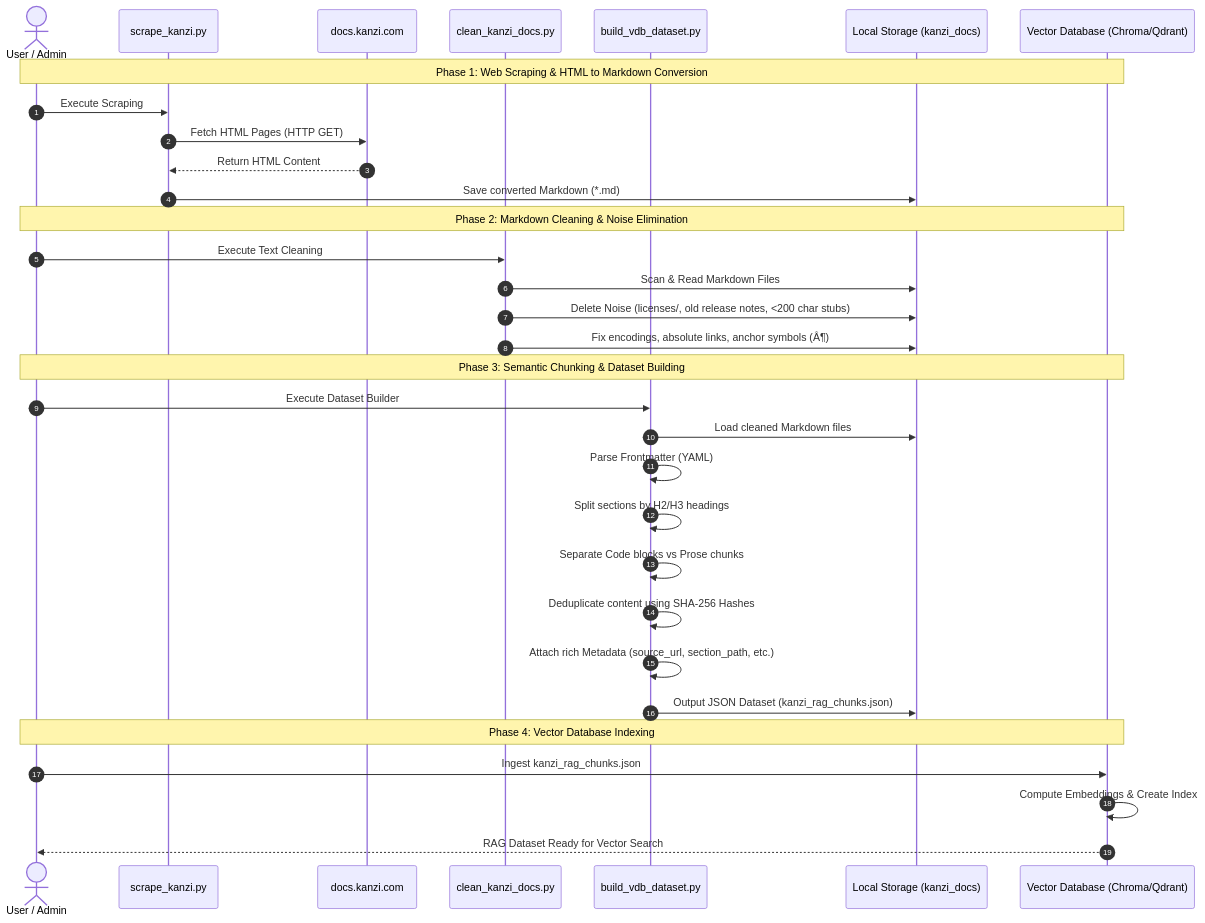
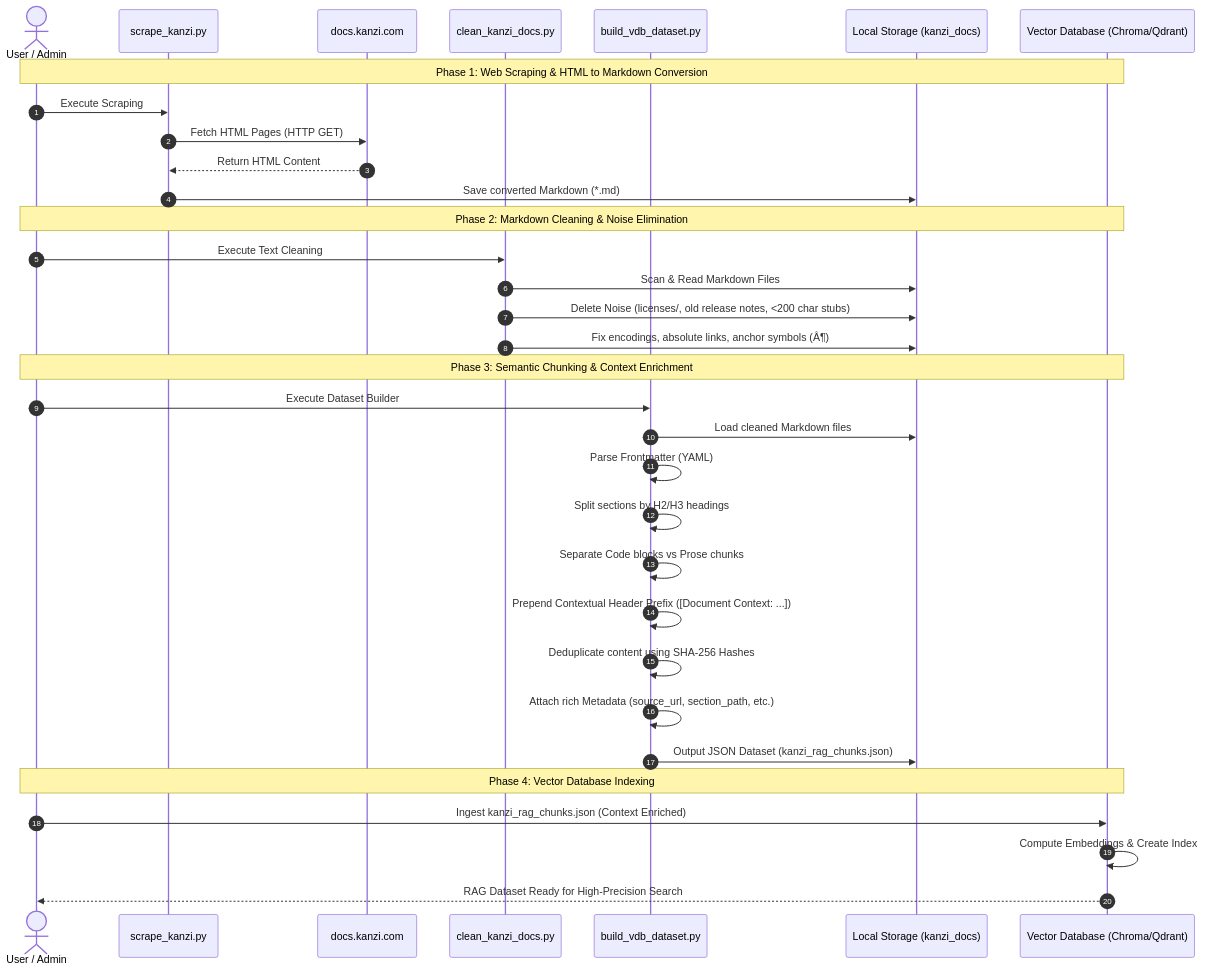
The diagram in knowledge_base/RAG_OPTIMIZATION_PROCESS.md (boycececil666gmailcom/Enterprise-RAG-Engine), drawn with Mermaid before and after one commit. The commit also changed other lines of this file and 3 other files, not shown here.

Commit message:
feat: implement RAG pipeline for Kanzi documentation with automated cleaning, semantic chunking, and metadata-rich indexing scripts

````diff
--- a/knowledge_base/RAG_OPTIMIZATION_PROCESS.md
+++ b/knowledge_base/RAG_OPTIMIZATION_PROCESS.md
@@ -43,38 +44,39 @@
 ```mermaid
 sequenceDiagram
     autonumber
     actor User as User / Admin
     participant Scraper as scrape_kanzi.py
     participant Web as docs.kanzi.com
     participant Cleaner as clean_kanzi_docs.py
     participant Builder as build_vdb_dataset.py
     participant Storage as Local Storage (kanzi_docs)
     participant VectorDB as Vector Database (Chroma/Qdrant)
 
     Note over User, VectorDB: Phase 1: Web Scraping & HTML to Markdown Conversion
     User->>Scraper: Execute Scraping
     Scraper->>Web: Fetch HTML Pages (HTTP GET)
     Web-->>Scraper: Return HTML Content
     Scraper->>Storage: Save converted Markdown (*.md)
 
     Note over User, VectorDB: Phase 2: Markdown Cleaning & Noise Elimination
     User->>Cleaner: Execute Text Cleaning
     Cleaner->>Storage: Scan & Read Markdown Files
     Cleaner->>Storage: Delete Noise (licenses/, old release notes, <200 char stubs)
     Cleaner->>Storage: Fix encodings, absolute links, anchor symbols (Â¶)
 
-    Note over User, VectorDB: Phase 3: Semantic Chunking & Dataset Building
+    Note over User, VectorDB: Phase 3: Semantic Chunking & Context Enrichment
     User->>Builder: Execute Dataset Builder
     Builder->>Storage: Load cleaned Markdown files
     Builder->>Builder: Parse Frontmatter (YAML)
     Builder->>Builder: Split sections by H2/H3 headings
     Builder->>Builder: Separate Code blocks vs Prose chunks
+    Builder->>Builder: Prepend Contextual Header Prefix ([Document Context: ...])
     Builder->>Builder: Deduplicate content using SHA-256 Hashes
     Builder->>Builder: Attach rich Metadata (source_url, section_path, etc.)
     Builder->>Storage: Output JSON Dataset (kanzi_rag_chunks.json)
 
     Note over User, VectorDB: Phase 4: Vector Database Indexing
-    User->>VectorDB: Ingest kanzi_rag_chunks.json
+    User->>VectorDB: Ingest kanzi_rag_chunks.json (Context Enriched)
     VectorDB->>VectorDB: Compute Embeddings & Create Index
-    VectorDB-->>User: RAG Dataset Ready for Vector Search
+    VectorDB-->>User: RAG Dataset Ready for High-Precision Search
 ```
````
